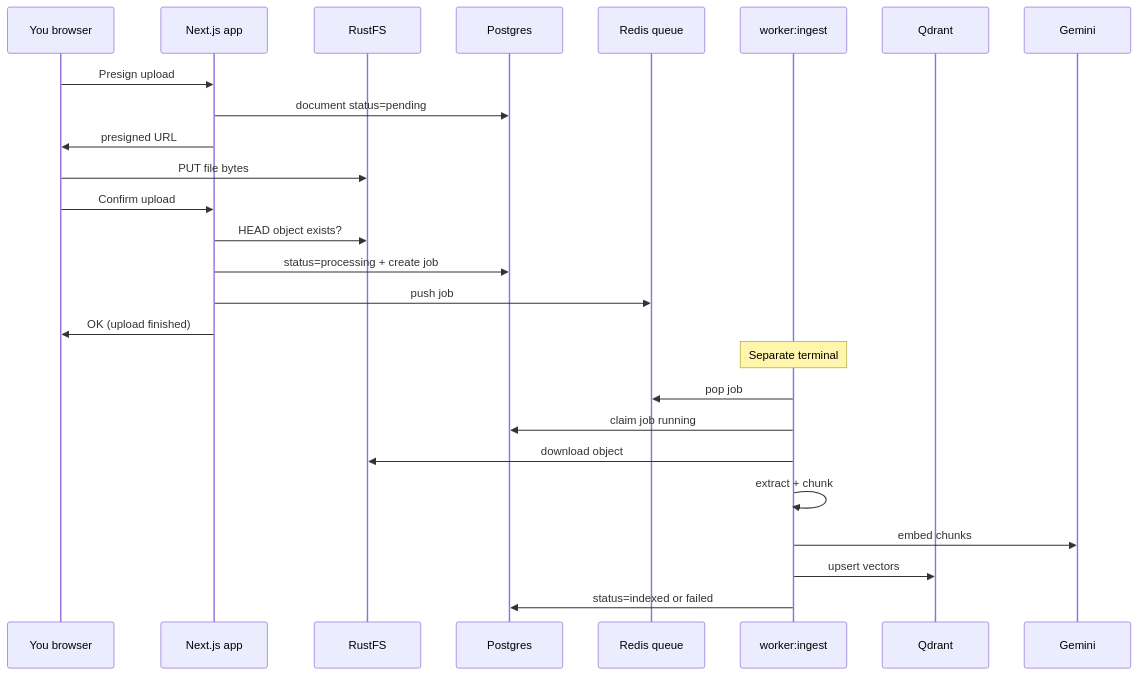
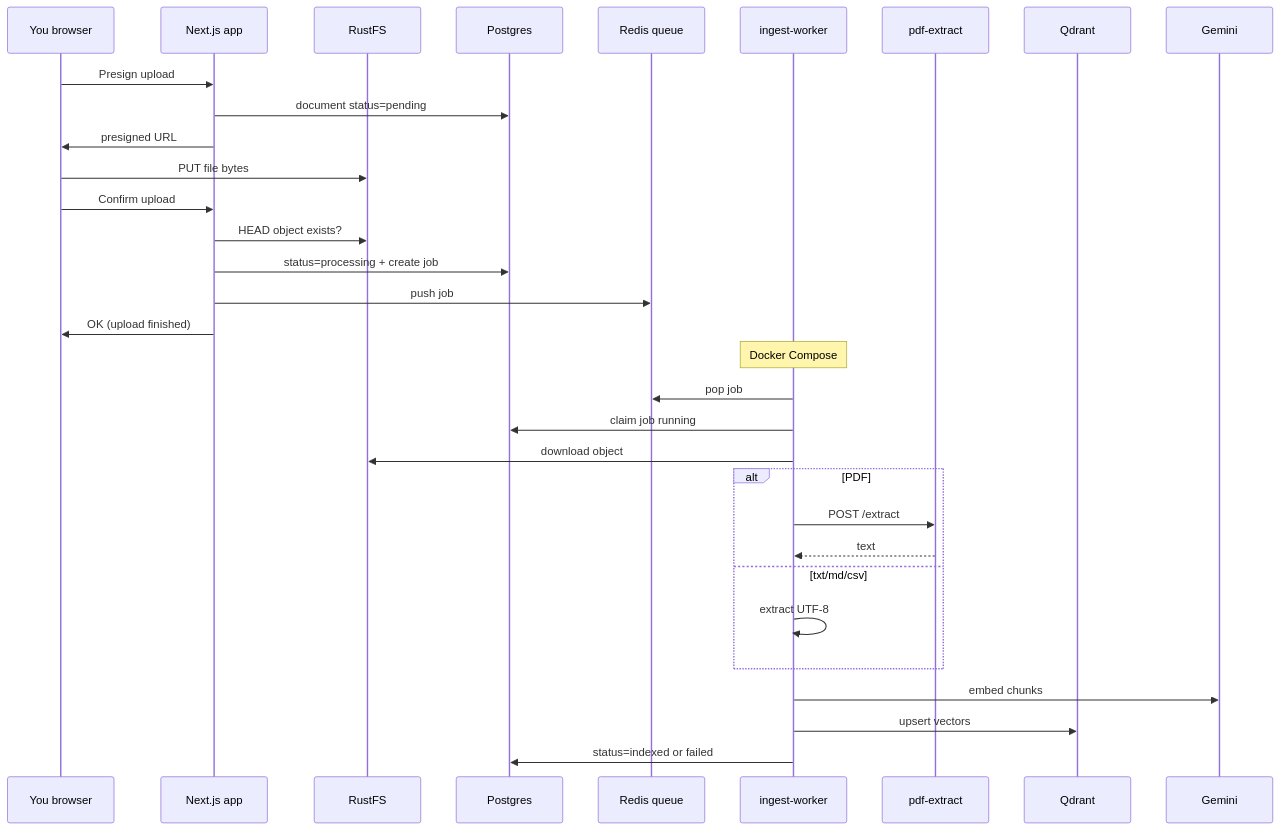
One commit to aniketicloud/documind-docs changed the diagram in content/docs/guide/document-ingest.mdx. Above: the diagram before and after it, drawn with Mermaid. The commit also changed other lines of this file and 14 other files, not shown here.

````diff
--- a/content/docs/guide/document-ingest.mdx
+++ b/content/docs/guide/document-ingest.mdx
@@ -141,30 +119,36 @@
 ```mermaid
 sequenceDiagram
   participant U as You browser
   participant App as Next.js app
   participant S3 as RustFS
   participant DB as Postgres
   participant R as Redis queue
-  participant W as worker:ingest
+  participant W as ingest-worker
+  participant PDF as pdf-extract
   participant Q as Qdrant
   participant G as Gemini
 
   U->>App: Presign upload
   App->>DB: document status=pending
   App->>U: presigned URL
   U->>S3: PUT file bytes
   U->>App: Confirm upload
   App->>S3: HEAD object exists?
   App->>DB: status=processing + create job
   App->>R: push job
   App->>U: OK (upload finished)
 
-  Note over W: Separate terminal
+  Note over W: Docker Compose
   W->>R: pop job
   W->>DB: claim job running
   W->>S3: download object
-  W->>W: extract + chunk
+  alt PDF
+    W->>PDF: POST /extract
+    PDF-->>W: text
+  else txt/md/csv
+    W->>W: extract UTF-8
+  end
   W->>G: embed chunks
   W->>Q: upsert vectors
   W->>DB: status=indexed or failed
 ```
````
